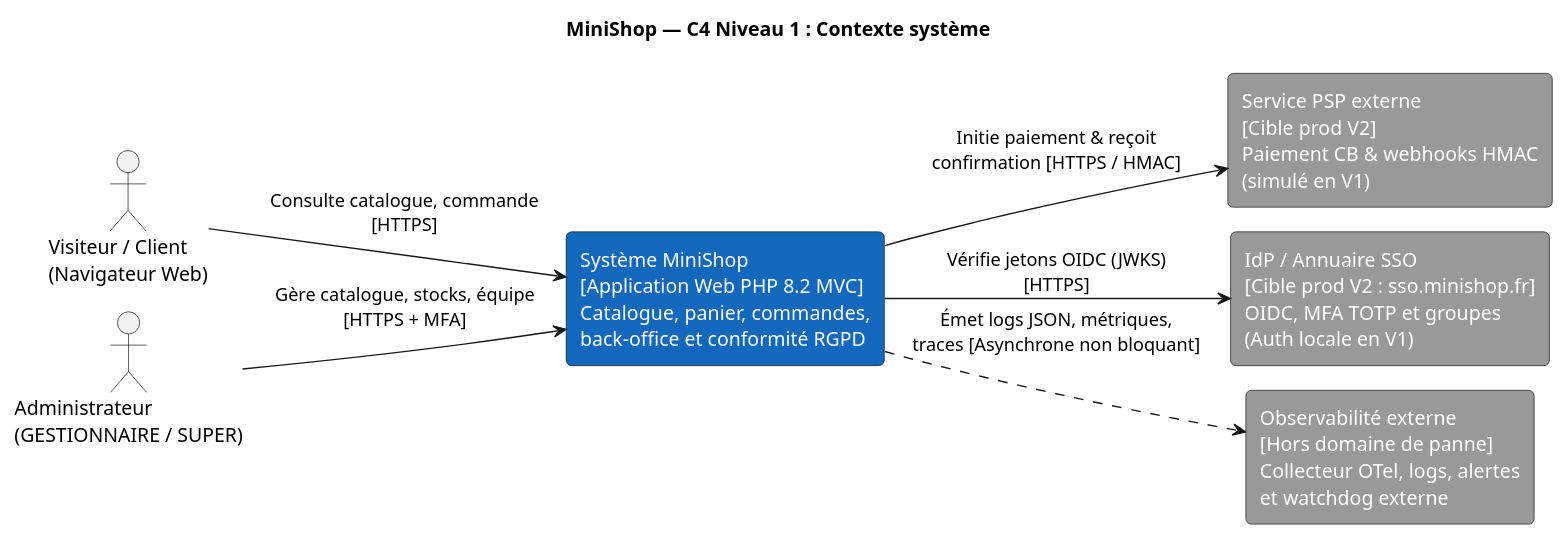
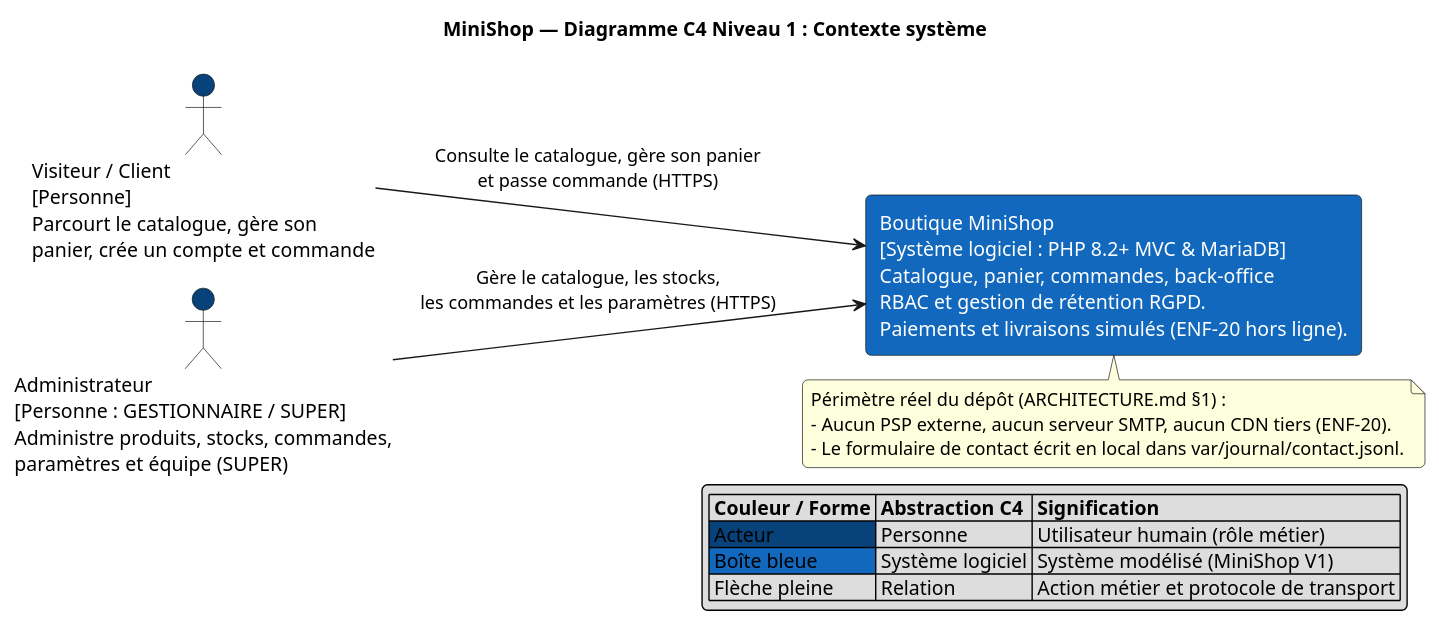
One commit to jojo8356/SAE-302 changed the diagram in docs/diagrams/src/c4_contexte.puml. Above: the diagram before and after it, drawn with PlantUML. The commit also changed 17 other files, not shown here.

Commit message:
docs(c4): aligner les 4 niveaux C4 (contexte, conteneurs, composants, code) sur le code réel

```diff
--- a/docs/diagrams/src/c4_contexte.puml
+++ b/docs/diagrams/src/c4_contexte.puml
@@ -1,29 +1,36 @@
 @startuml
 ' =====================================================================
-' MiniShop — Diagramme C4 Niveau 1 : Contexte système (C4 Context)
-' Lisible en texte brut dans Git ; compilable en PNG via Java + plantuml.jar
-' (bash docs/diagrams/render.sh)
+' MiniShop — C4 Niveau 1 : Contexte système (C4 System Context)
+' Conforme c4model.com : titre, types explicites, flèches avec verbe +
+' protocole, légende. Fidèle au code V1 (aucun service SaaS externe).
 ' =====================================================================
 !pragma layout smetana
 left to right direction
 skinparam shadowing false
 skinparam roundcorner 8
+skinparam packageStyle rectangle
 
-title MiniShop — C4 Niveau 1 : Contexte système
+title MiniShop — Diagramme C4 Niveau 1 : Contexte système
 
-actor "Visiteur / Client\n(Navigateur Web)" as Client
-actor "Administrateur\n(GESTIONNAIRE / SUPER)" as Admin
+actor "Visiteur / Client\n[Personne]\nParcourt le catalogue, gère son\npanier, crée un compte et commande" as Client #08427B
+actor "Administrateur\n[Personne : GESTIONNAIRE / SUPER]\nAdministre produits, stocks, commandes,\nparamètres et équipe (SUPER)" as Admin #08427B
 
-rectangle "Système MiniShop\n[Application Web PHP 8.2 MVC]\nCatalogue, panier, commandes,\nback-office et conformité RGPD" as MiniShop #1168BD;text:white
+rectangle "Boutique MiniShop\n[Système logiciel : PHP 8.2+ MVC & MariaDB]\nCatalogue, panier, commandes, back-office\nRBAC et gestion de rétention RGPD.\nPaiements et livraisons simulés (ENF-20 hors ligne)." as MiniShop #1168BD;text:white
 
-rectangle "Service PSP externe\n[Cible prod V2]\nPaiement CB & webhooks HMAC\n(simulé en V1)" as PSP #999999;text:white
-rectangle "IdP / Annuaire SSO\n[Cible prod V2 : sso.minishop.fr]\nOIDC, MFA TOTP et groupes\n(Auth locale en V1)" as IdP #999999;text:white
-rectangle "Observabilité externe\n[Hors domaine de panne]\nCollecteur OTel, logs, alertes\net watchdog externe" as Obs #999999;text:white
+note bottom of MiniShop
+  Périmètre réel du dépôt (ARCHITECTURE.md §1) :
+  - Aucun PSP externe, aucun serveur SMTP, aucun CDN tiers (ENF-20).
+  - Le formulaire de contact écrit en local dans var/journal/contact.jsonl.
+end note
 
-Client --> MiniShop : "Consulte catalogue, commande\n[HTTPS]"
-Admin --> MiniShop : "Gère catalogue, stocks, équipe\n[HTTPS + MFA]"
-MiniShop --> PSP : "Initie paiement & reçoit\nconfirmation [HTTPS / HMAC]"
-MiniShop --> IdP : "Vérifie jetons OIDC (JWKS)\n[HTTPS]"
-MiniShop ..> Obs : "Émet logs JSON, métriques,\ntraces [Asynchrone non bloquant]"
+Client --> MiniShop : "Consulte le catalogue, gère son panier\net passe commande (HTTPS)"
+Admin --> MiniShop : "Gère le catalogue, les stocks,\nles commandes et les paramètres (HTTPS)"
+
+legend right
+  |= Couleur / Forme |= Abstraction C4 |= Signification |
+  | <#08427B> Acteur | Personne | Utilisateur humain (rôle métier) |
+  | <#1168BD> Boîte bleue | Système logiciel | Système modélisé (MiniShop V1) |
+  | Flèche pleine | Relation | Action métier et protocole de transport |
+endlegend
 
 @enduml
```
